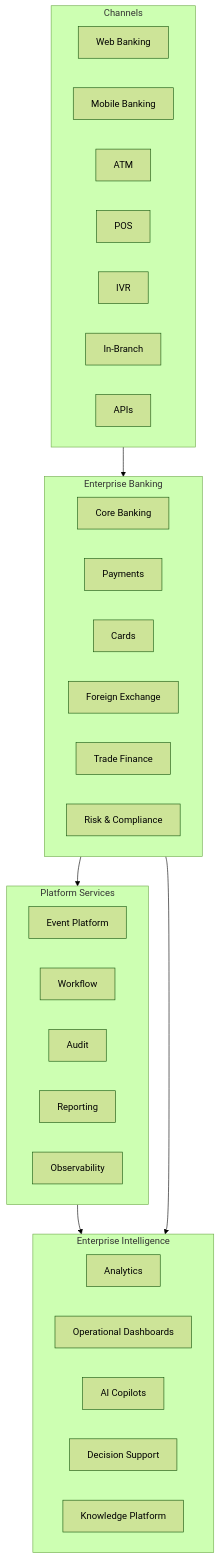
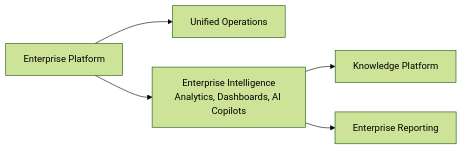
One commit to VishChandran/epos changed the eighth of 8 diagrams in docs/architecture/software-architecture.md. Above: the diagram before and after it, drawn with Mermaid (forest theme). The commit also changed other lines of this file, not shown here.

Commit message:
docs(architecture): simplify interim architecture diagrams

````diff
--- a/docs/architecture/software-architecture.md
+++ b/docs/architecture/software-architecture.md
@@ -410,43 +247,13 @@
 ```mermaid
-flowchart TB
+flowchart LR
+    Enterprise[Enterprise Platform]
+    Operations[Unified Operations]
+    Intelligence[Enterprise Intelligence<br/>Analytics, Dashboards, AI Copilots]
+    Knowledge[Knowledge Platform]
+    Reporting[Enterprise Reporting]
 
-subgraph Channels
-    Web[Web Banking]
-    Mobile[Mobile Banking]
-    ATM[ATM]
-    POS[POS]
-    IVR[IVR]
-    InBranch[In-Branch]
-    APIs[APIs]
-end
-
-subgraph EnterpriseBanking[Enterprise Banking]
-    CoreBanking[Core Banking]
-    Payments[Payments]
-    Cards[Cards]
-    FX[Foreign Exchange]
-    Trade[Trade Finance]
-    Risk[Risk & Compliance]
-end
-
-subgraph Platform[Platform Services]
-    EventPlatform[Event Platform]
-    Workflow[Workflow]
-    Audit[Audit]
-    Reporting[Reporting]
-    Observability[Observability]
-end
-
-subgraph Intelligence[Enterprise Intelligence]
-    Analytics[Analytics]
-    Dashboards[Operational Dashboards]
-    AICopilots[AI Copilots]
-    DecisionSupport[Decision Support]
-    Knowledge[Knowledge Platform]
-end
-
-Channels --> EnterpriseBanking
-EnterpriseBanking --> Platform
-Platform --> Intelligence
-EnterpriseBanking --> Intelligence
+    Enterprise --> Operations
+    Enterprise --> Intelligence
+    Intelligence --> Knowledge
+    Intelligence --> Reporting
 ```
````
